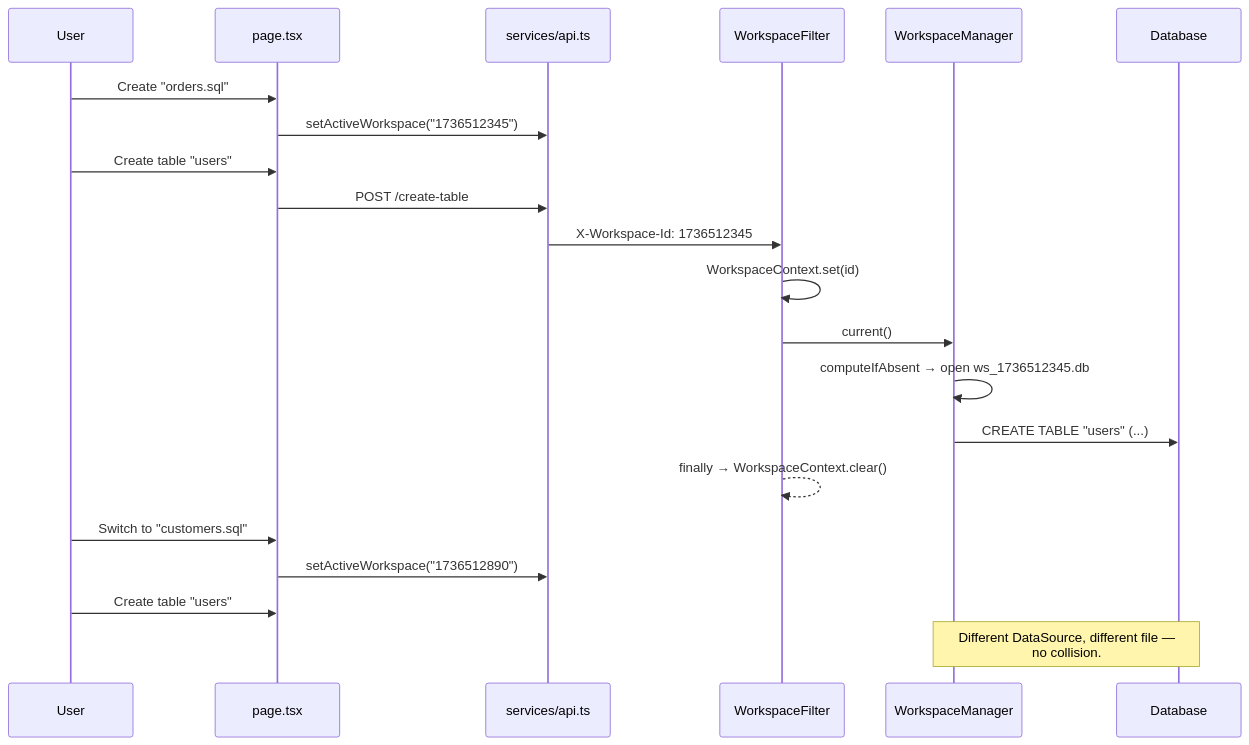
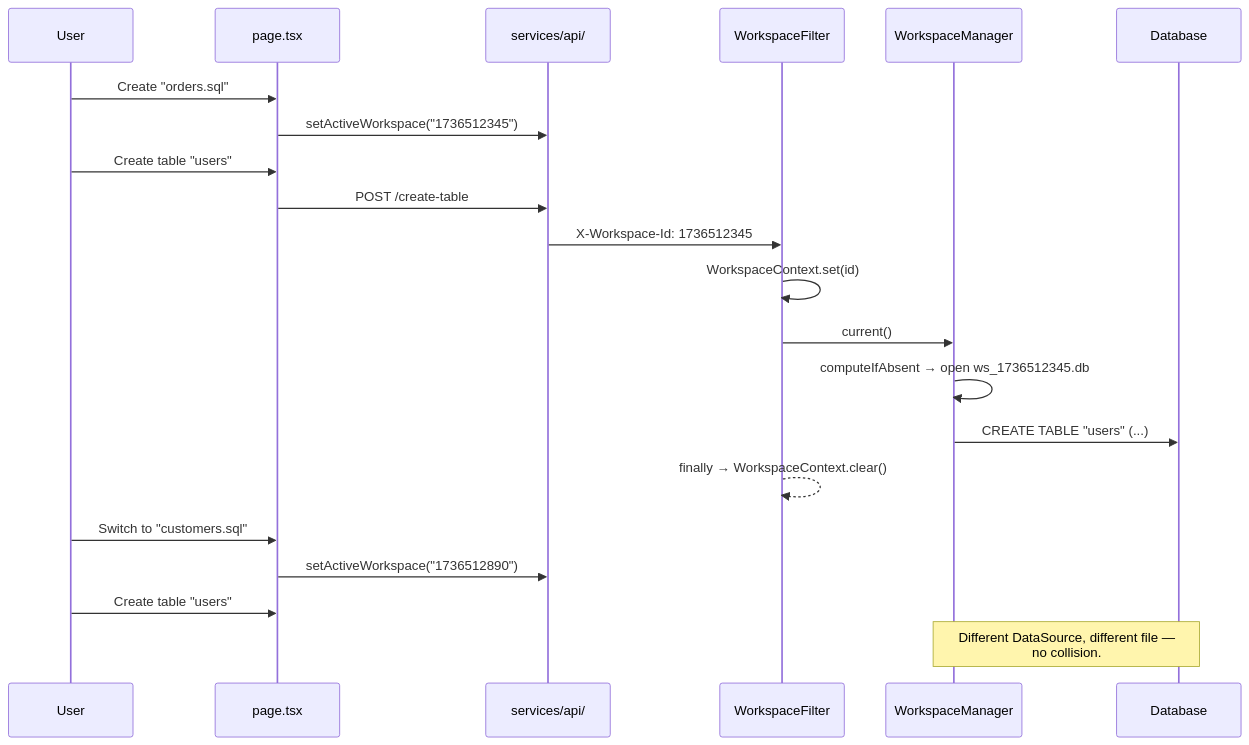
One commit to Srivatsa-Nayak/db-viewer changed the third of 7 diagrams in docs/SYSTEM-DESIGN.md. Above: the diagram before and after it, drawn with Mermaid. The commit also changed other lines of this file and 13 other files, not shown here.

````diff
--- a/docs/SYSTEM-DESIGN.md
+++ b/docs/SYSTEM-DESIGN.md
@@ -238,25 +238,25 @@
 ```mermaid
 sequenceDiagram
     participant U as User
     participant P as page.tsx
-    participant A as services/api.ts
+    participant A as services/api/
     participant F as WorkspaceFilter
     participant M as WorkspaceManager
     participant D as Database
 
     U->>P: Create "orders.sql"
     P->>A: setActiveWorkspace("1736512345")
     U->>P: Create table "users"
     P->>A: POST /create-table
     A->>F: X-Workspace-Id: 1736512345
     F->>F: WorkspaceContext.set(id)
     F->>M: current()
     M->>M: computeIfAbsent → open ws_1736512345.db
     M->>D: CREATE TABLE "users" (...)
     F-->>F: finally → WorkspaceContext.clear()
 
     U->>P: Switch to "customers.sql"
     P->>A: setActiveWorkspace("1736512890")
     U->>P: Create table "users"
     Note over M,D: Different DataSource, different file —<br/>no collision.
 ```
````
